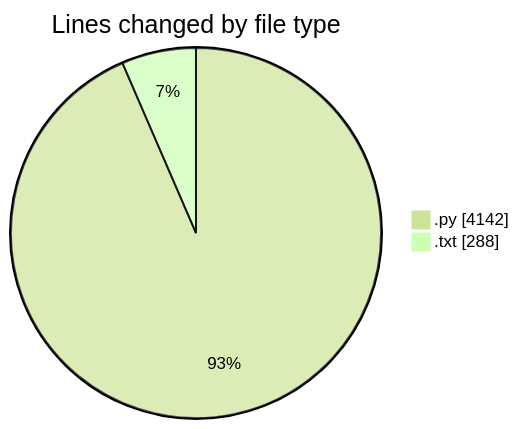
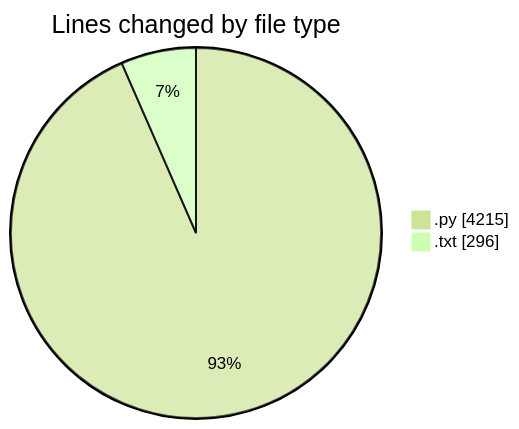
Before and after one commit to Ritupan-Deka/code-tracking: the first of 2 diagrams in 2025-05-26/zip_file/README.md, drawn with Mermaid (forest theme). The commit also changed other lines of this file and 1 other file, not shown here.

````diff
--- a/2025-05-26/zip_file/README.md
+++ b/2025-05-26/zip_file/README.md
@@ -34,6 +35,6 @@
 ```mermaid
 pie showData
 title Lines changed by file type
-".py" : 4142
-".txt" : 288
+".py" : 4215
+".txt" : 296
 ```
````
